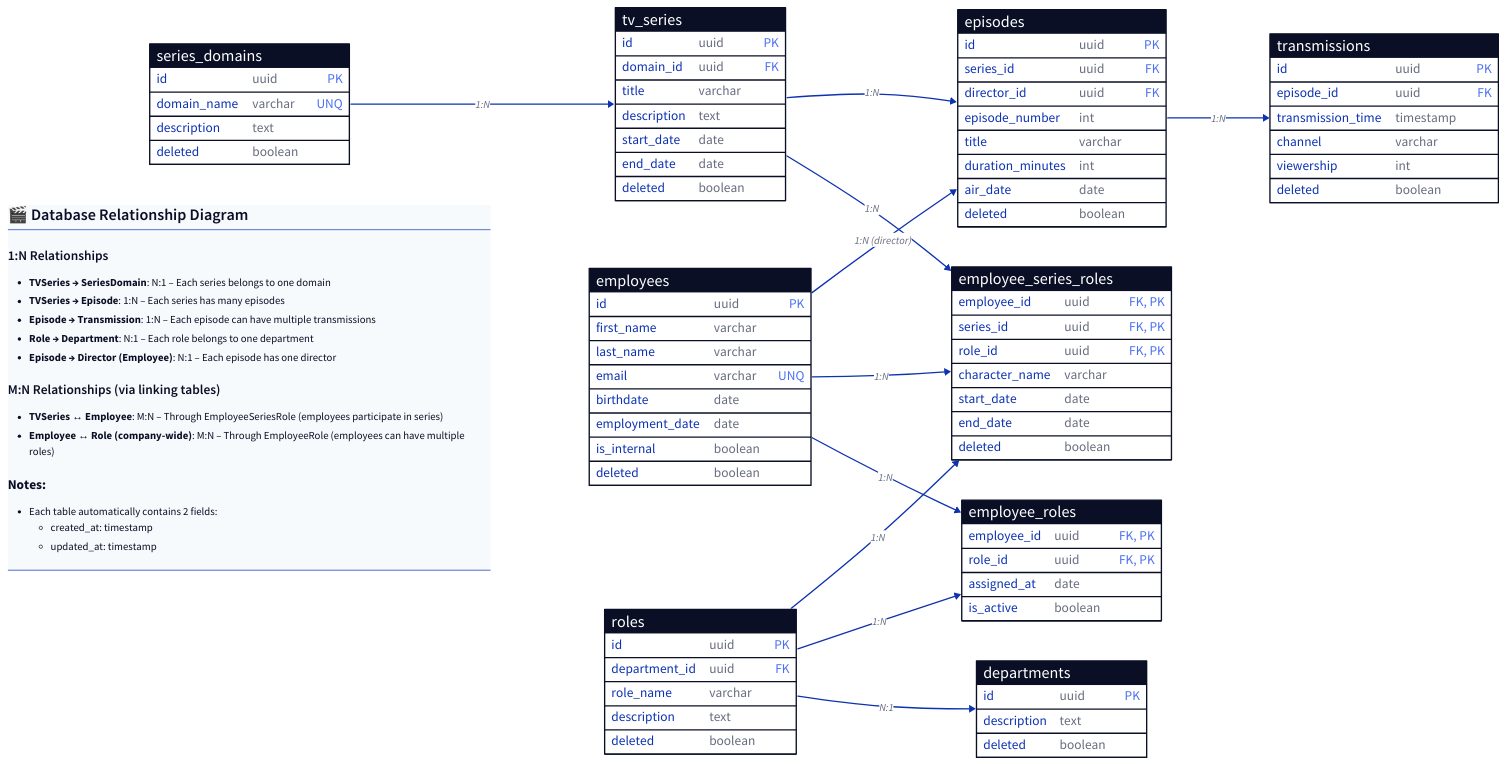
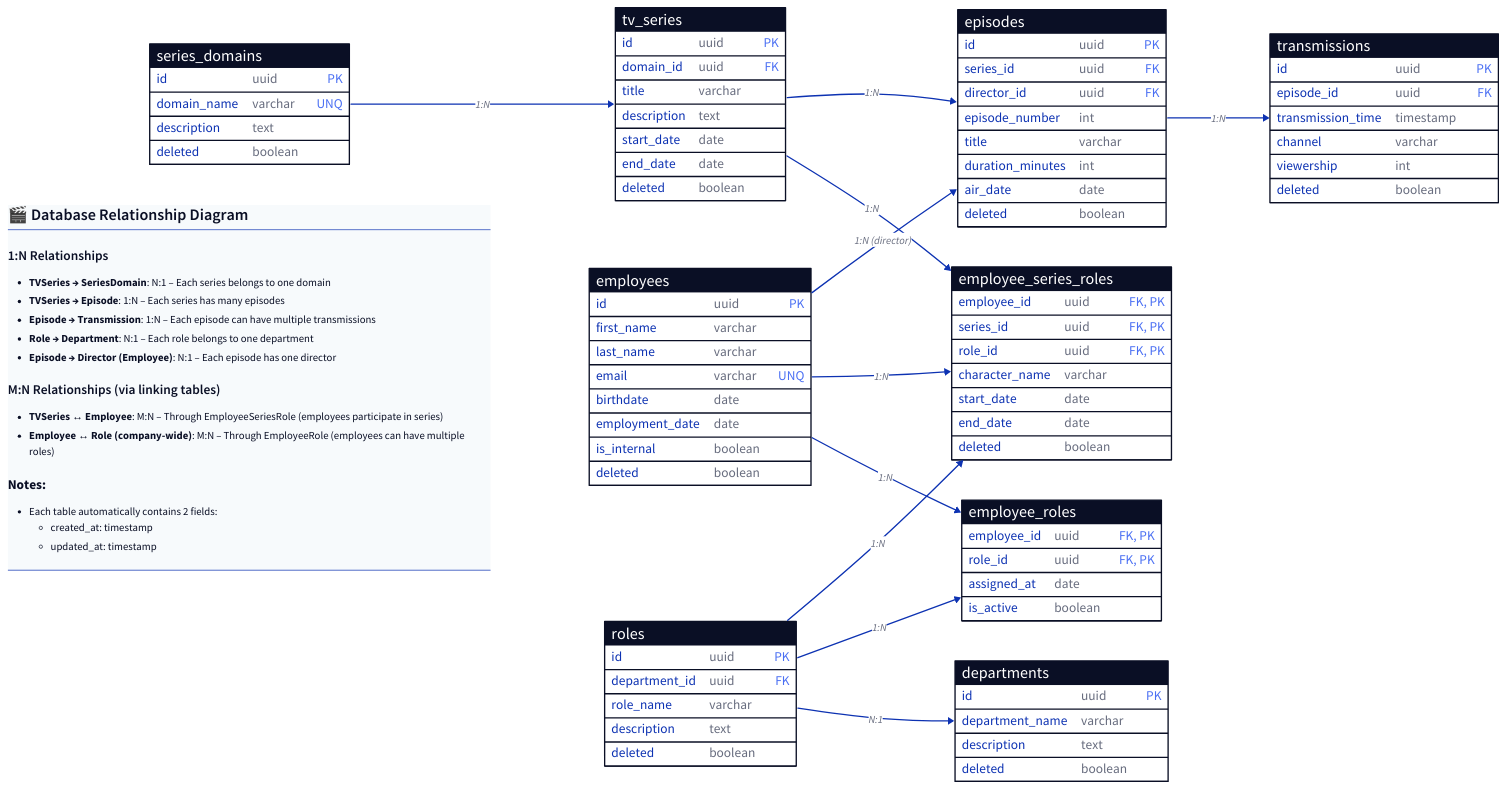
Before and after one commit to trungleviet-agilityio/backend-training: the diagram in database-learning/practice/diagrams/tv_company_rd.d2, drawn with D2.

Commit message:
feat(diagram): add the department_name field

```diff
--- a/database-learning/practice/diagrams/tv_company_rd.d2
+++ b/database-learning/practice/diagrams/tv_company_rd.d2
@@ -1,172 +1,173 @@
 direction: right
 
 series_domains: {
   shape: sql_table
   id: uuid {constraint: primary_key}
   domain_name: varchar {constraint: unique}
   description: text
   deleted: boolean
 }
 
 tv_series: {
   shape: sql_table
   id: uuid {constraint: primary_key}
   domain_id: uuid {constraint: foreign_key}
   title: varchar
   description: text
   start_date: date
   end_date: date
   deleted: boolean
 }
 
 episodes: {
   shape: sql_table
   id: uuid {constraint: primary_key}
   series_id: uuid {constraint: foreign_key}
   director_id: uuid {constraint: foreign_key}
   episode_number: int
   title: varchar
   duration_minutes: int
   air_date: date
   deleted: boolean
 }
 
 transmissions: {
   shape: sql_table
   id: uuid {constraint: primary_key}
   episode_id: uuid {constraint: foreign_key}
   transmission_time: timestamp
   channel: varchar
   viewership: int
   deleted: boolean
 }
 
 employees: {
   shape: sql_table
   id: uuid {constraint: primary_key}
   first_name: varchar
   last_name: varchar
   email: varchar {constraint: unique}
   birthdate: date
   employment_date: date
   is_internal: boolean
   deleted: boolean
 }
 
 roles: {
   shape: sql_table
   id: uuid {constraint: primary_key}
   department_id: uuid {constraint: foreign_key}
   role_name: varchar
   description: text
   deleted: boolean
 }
 
 departments: {
   shape: sql_table
   id: uuid {constraint: primary_key}
+  department_name: varchar
   description: text
   deleted: boolean
 }
 
 employee_roles: {
   shape: sql_table
   employee_id: uuid {constraint: [foreign_key; primary_key]}
   role_id: uuid {constraint: [foreign_key; primary_key]}
   assigned_at: date
   is_active: boolean
 }
 
 employee_series_roles: {
   shape: sql_table
   employee_id: uuid {constraint: [foreign_key; primary_key]}
   series_id: uuid {constraint: [foreign_key; primary_key]}
   role_id: uuid {constraint: [foreign_key; primary_key]}
   character_name: varchar
   start_date: date
   end_date: date
   deleted: boolean
 }
 
 # Relationships with better styling
 series_domains.id -> tv_series.domain_id: {
   label: "1:N"
   style.stroke-width: 2
 }
 
 tv_series.id -> episodes.series_id: {
   label: "1:N"
   style.stroke-width: 2
 }
 
 episodes.id -> transmissions.episode_id: {
   label: "1:N"
   style.stroke-width: 2
 }
 
 employees.id -> episodes.director_id: {
   label: "1:N (director)"
   style.stroke-width: 2
   style: dashed
 }
 
 tv_series.id -> employee_series_roles.series_id: {
   label: "1:N"
   style.stroke-width: 2
 }
 
 employees.id -> employee_series_roles.employee_id: {
   label: "1:N"
   style.stroke-width: 2
 }
 
 roles.id -> employee_series_roles.role_id: {
   label: "1:N"
   style.stroke-width: 2
 }
 
 employees.id -> employee_roles.employee_id: {
   label: "1:N"
   style.stroke-width: 2
 }
 
 roles.id -> employee_roles.role_id: {
   label: "1:N"
   style.stroke-width: 2
 }
 
 roles.department_id -> departments.id: {
   label: "N:1"
   style.stroke-width: 2
 }
 
 # Enhanced legend with better styling
 legend: {
   style.font-size: 16
   shape: text
   style.fill: "#f7fafc"
   style.stroke: "#2d3748"
   style.stroke-width: 1
   style.border-radius: 8
   style.shadow: true
   label: |md
     ## 🎬 Database Relationship Diagram
 
     ### 1:N Relationships
     - **TVSeries → SeriesDomain**: N:1 – Each series belongs to one domain
     - **TVSeries → Episode**: 1:N – Each series has many episodes
     - **Episode → Transmission**: 1:N – Each episode can have multiple transmissions
     - **Role → Department**: N:1 – Each role belongs to one department
     - **Episode → Director (Employee)**: N:1 – Each episode has one director
 
     ### M:N Relationships (via linking tables)
     - **TVSeries ↔ Employee**: M:N – Through EmployeeSeriesRole (employees participate in series)
     - **Employee ↔ Role (company-wide)**: M:N – Through EmployeeRole (employees can have multiple roles)
 
     ### **Notes:**
     - Each table automatically contains 2 fields:
       - created_at: timestamp
       - updated_at: timestamp
     ---
   |
 }
```
